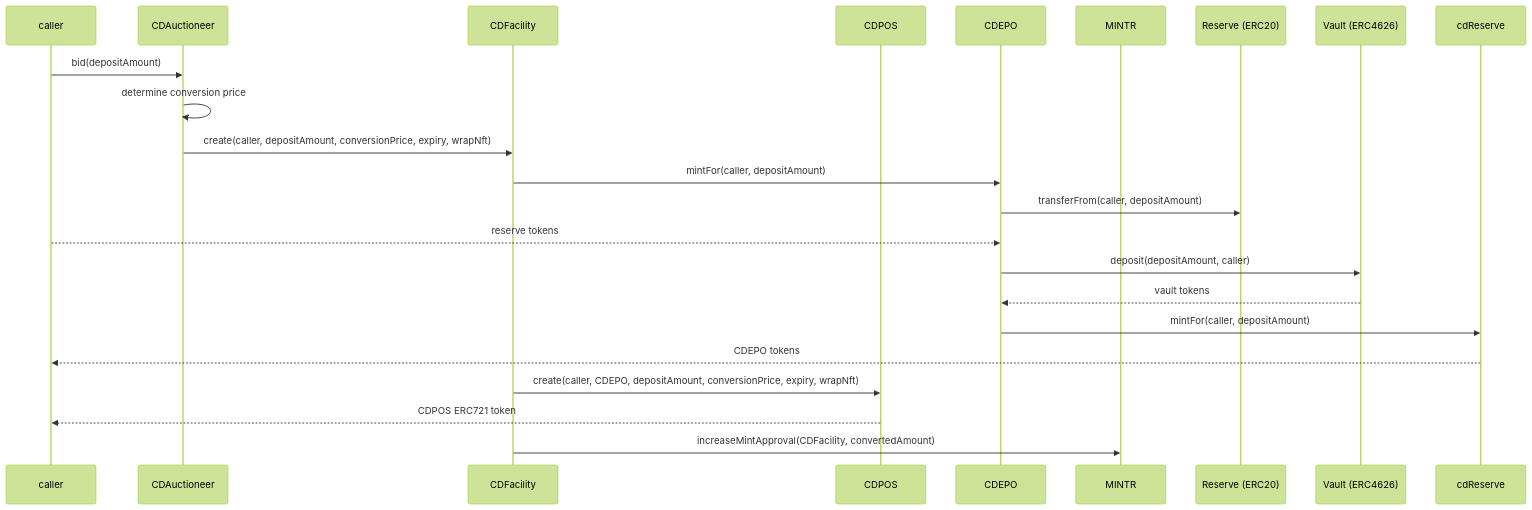
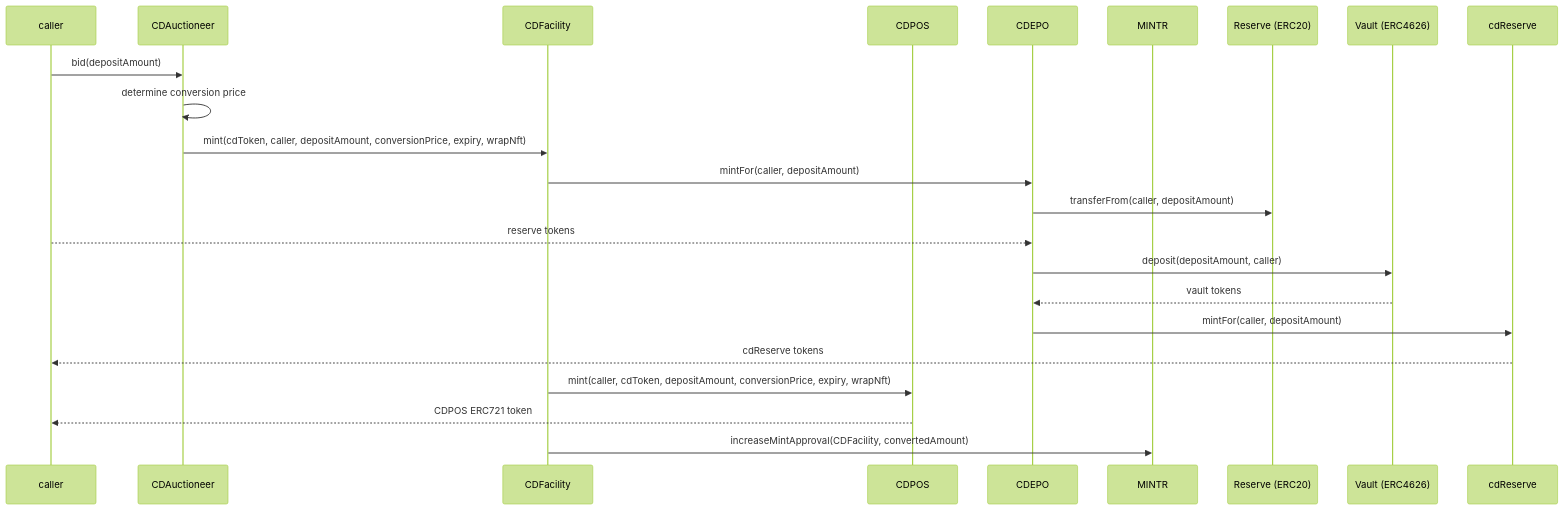
Before and after one commit to OlympusDAO/olympus-v3: the third of 6 diagrams in audit/2025-01_convertible-deposits/README.md, drawn with Mermaid (forest theme). The commit also changed other lines of this file and 2 other files, not shown here.

````diff
--- a/audit/2025-01_convertible-deposits/README.md
+++ b/audit/2025-01_convertible-deposits/README.md
@@ -166,26 +175,26 @@
 ```mermaid
 sequenceDiagram
     participant caller
     participant CDAuctioneer
     participant CDFacility
     participant CDPOS
     participant CDEPO
     participant MINTR
     participant ReserveToken as Reserve (ERC20)
     participant VaultToken as Vault (ERC4626)
     participant cdReserve
 
     caller->>CDAuctioneer: bid(depositAmount)
     CDAuctioneer->>CDAuctioneer: determine conversion price
-    CDAuctioneer->>CDFacility: create(caller, depositAmount, conversionPrice, expiry, wrapNft)
+    CDAuctioneer->>CDFacility: mint(cdToken, caller, depositAmount, conversionPrice, expiry, wrapNft)
     CDFacility->>CDEPO: mintFor(caller, depositAmount)
     CDEPO->>ReserveToken: transferFrom(caller, depositAmount)
     caller-->>CDEPO: reserve tokens
     CDEPO->>VaultToken: deposit(depositAmount, caller)
     VaultToken-->>CDEPO: vault tokens
     CDEPO->>cdReserve: mintFor(caller, depositAmount)
-    cdReserve-->>caller: CDEPO tokens
-    CDFacility->>CDPOS: create(caller, CDEPO, depositAmount, conversionPrice, expiry, wrapNft)
+    cdReserve-->>caller: cdReserve tokens
+    CDFacility->>CDPOS: mint(caller, cdToken, depositAmount, conversionPrice, expiry, wrapNft)
     CDPOS-->>caller: CDPOS ERC721 token
     CDFacility->>MINTR: increaseMintApproval(CDFacility, convertedAmount)
 ```
````
